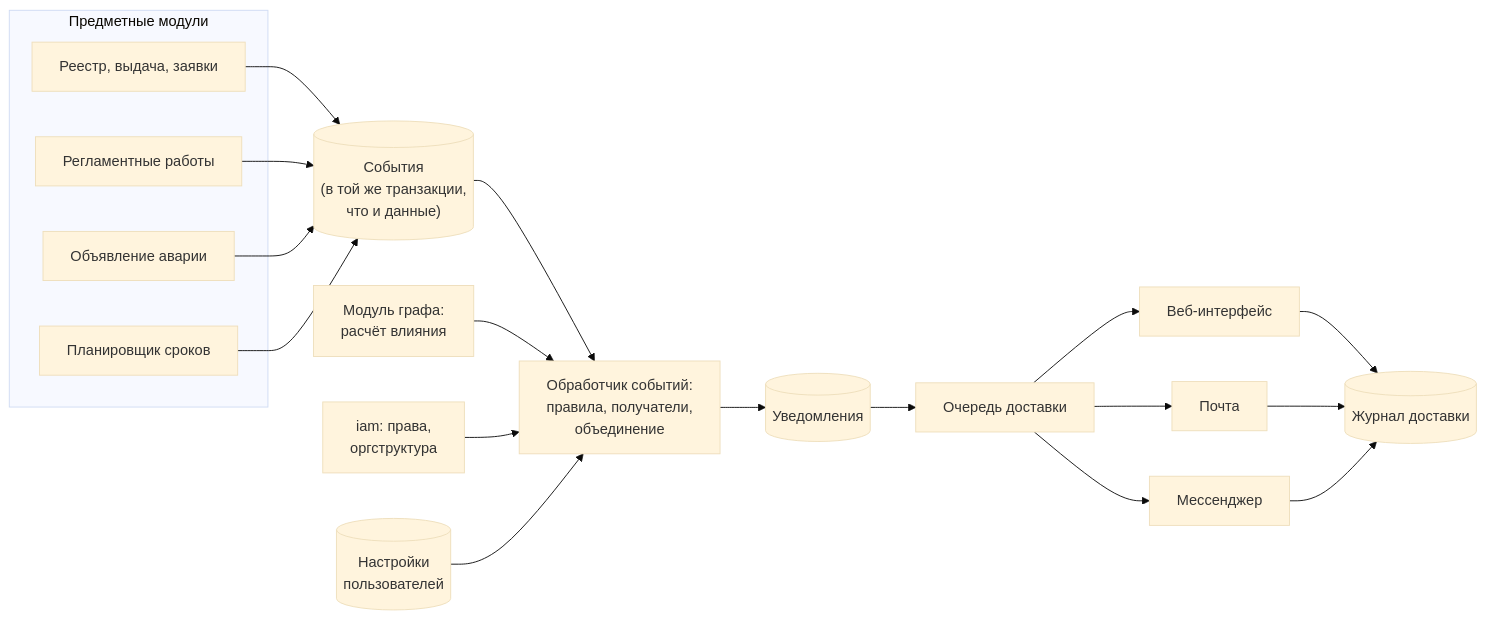
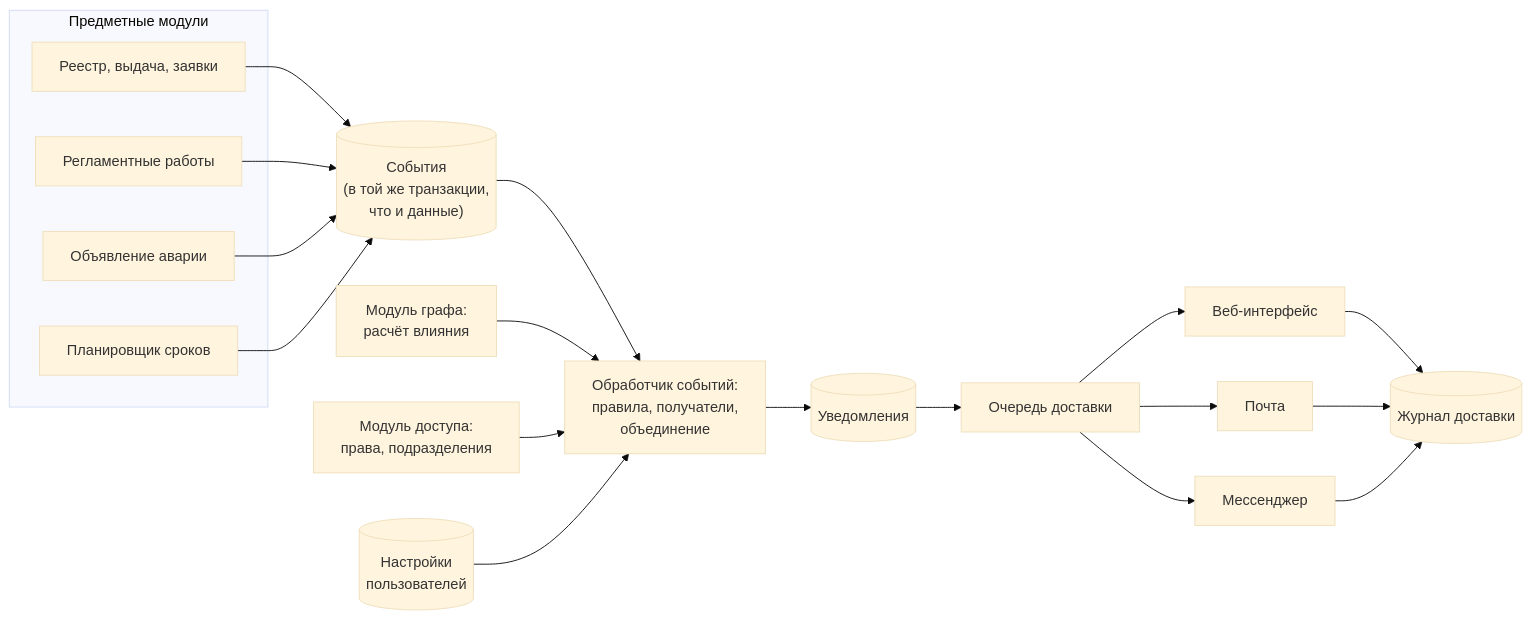
The first of 3 diagrams in docs/05-notifications.md (kosrusal/it_resource_accounting), drawn with Mermaid (base theme) before and after one commit. The commit also changed other lines of this file and 1 other file, not shown here.

````diff
--- a/docs/05-notifications.md
+++ b/docs/05-notifications.md
@@ -164,36 +126,36 @@
 ```mermaid
 flowchart LR
     subgraph src["Предметные модули"]
         reg["Реестр, выдача, заявки"]
         mnt["Регламентные работы"]
         inc["Объявление аварии"]
         sch["Планировщик сроков"]
     end
     ev[("События<br/>(в той же транзакции,<br/>что и данные)")]
     proc["Обработчик событий:<br/>правила, получатели,<br/>объединение"]
     grf["Модуль графа:<br/>расчёт влияния"]
-    iam["iam: права,<br/>оргструктура"]
+    acc["Модуль доступа:<br/>права, подразделения"]
     pref[("Настройки<br/>пользователей")]
     ntf[("Уведомления")]
     q["Очередь доставки"]
     web["Веб-интерфейс"]
     mail["Почта"]
     msg["Мессенджер"]
     log[("Журнал доставки")]
 
     reg --> ev
     mnt --> ev
     inc --> ev
     sch --> ev
     ev --> proc
     grf --> proc
-    iam --> proc
+    acc --> proc
     pref --> proc
     proc --> ntf --> q
     q --> web
     q --> mail
     q --> msg
     web --> log
     mail --> log
     msg --> log
 ```
````
